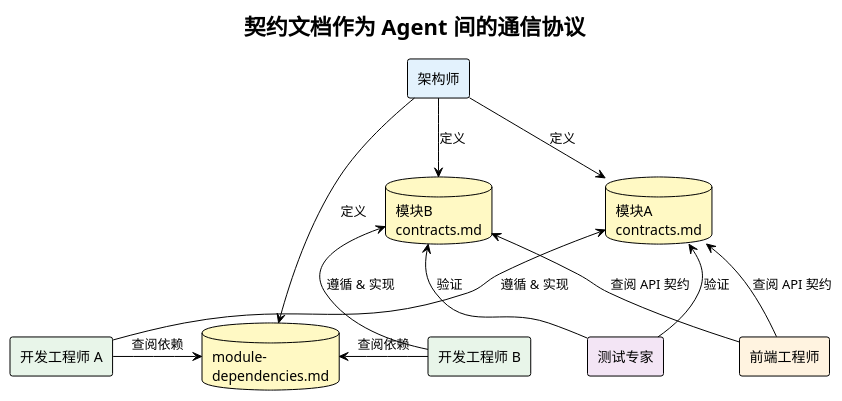
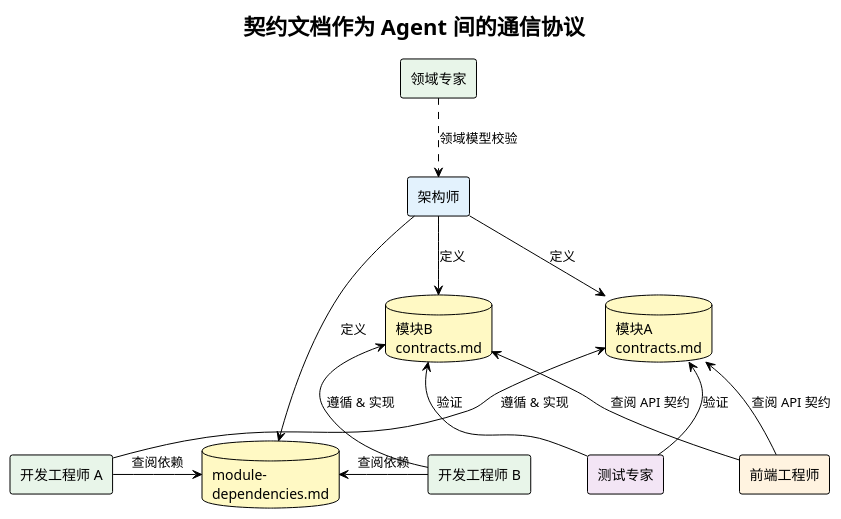
Before and after one commit to strommmm/storms-claude-configuration: the seventh of 13 diagrams in docs/design-philosophy.md, drawn with PlantUML. The commit also changed other lines of this file, not shown here.

````diff
--- a/docs/design-philosophy.md
+++ b/docs/design-philosophy.md
@@ -181,35 +323,37 @@
 ```plantuml
 @startuml
 !theme plain
 skinparam backgroundColor transparent
 
 title 契约文档作为 Agent 间的通信协议
 
+rectangle "领域专家" as de #E8F5E9
 rectangle "架构师" as arch #E3F2FD
 rectangle "开发工程师 A" as devA #E8F5E9
 rectangle "开发工程师 B" as devB #E8F5E9
 rectangle "前端工程师" as fe #FFF3E0
 rectangle "测试专家" as tester #F3E5F5
 
 database "模块A\ncontracts.md" as cA #FFF9C4
 database "模块B\ncontracts.md" as cB #FFF9C4
 database "module-\ndependencies.md" as dep #FFF9C4
 
+de ..> arch : 领域模型校验
 arch -down-> cA : 定义
 arch -down-> cB : 定义
 arch -down-> dep : 定义
 
 devA -up-> cA : 遵循 & 实现
 devB -up-> cB : 遵循 & 实现
 
 fe -up-> cA : 查阅 API 契约
 fe -up-> cB : 查阅 API 契约
 
 devA -right-> dep : 查阅依赖
 devB -left-> dep : 查阅依赖
 
 tester -up-> cA : 验证
 tester -up-> cB : 验证
 
 @enduml
 ```
````
